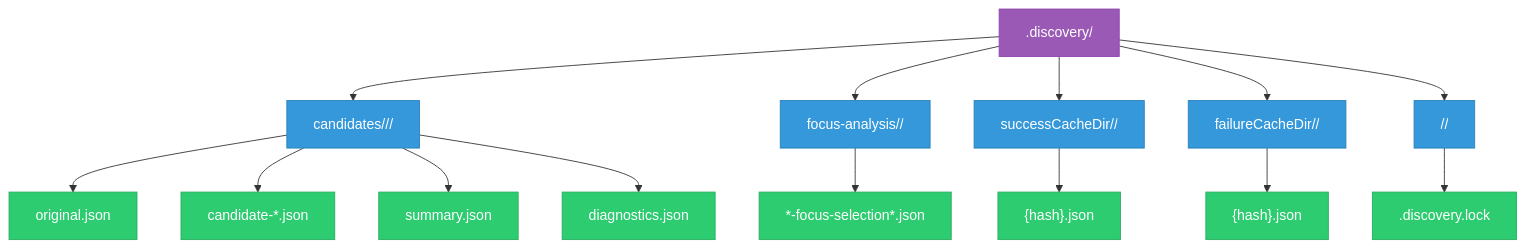
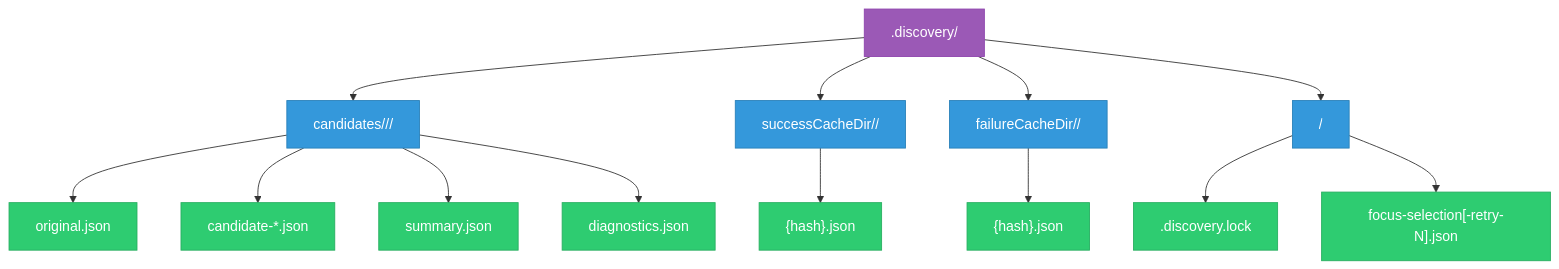
One commit to stSoftwareAU/NEAT-AI changed the diagram in docs/DISCOVERY_DIR.md. Above: the diagram before and after it, drawn with Mermaid. The commit also changed other lines of this file and 4 other files, not shown here.

````diff
--- a/docs/DISCOVERY_DIR.md
+++ b/docs/DISCOVERY_DIR.md
@@ -116,23 +116,22 @@
 ```mermaid
 graph TD
     classDef root fill:#9b59b6,stroke:#8e44ad,color:#fff
     classDef dir fill:#3498db,stroke:#2980b9,color:#fff
     classDef file fill:#2ecc71,stroke:#27ae60,color:#fff
 
     R[".discovery/"]:::root
     C["candidates/<runName>/<timestamp>/"]:::dir
-    F["focus-analysis/<discoveryID>/"]:::dir
     S["successCacheDir/<changeType>/"]:::dir
     X["failureCacheDir/<changeType>/"]:::dir
-    L["<runDir>/<creatureUuid>/"]:::dir
+    L["<creatureUuid>/"]:::dir
 
-    R --> C & F & S & X & L
+    R --> C & S & X & L
     C --> CO["original.json"]:::file
     C --> CC["candidate-*.json"]:::file
     C --> CS["summary.json"]:::file
     C --> CD["diagnostics.json"]:::file
-    F --> FA["*-focus-selection*.json"]:::file
     S --> SH["{hash}.json"]:::file
     X --> XH["{hash}.json"]:::file
     L --> LL[".discovery.lock"]:::file
+    L --> LF["focus-selection[-retry-N].json"]:::file
 ```
````
